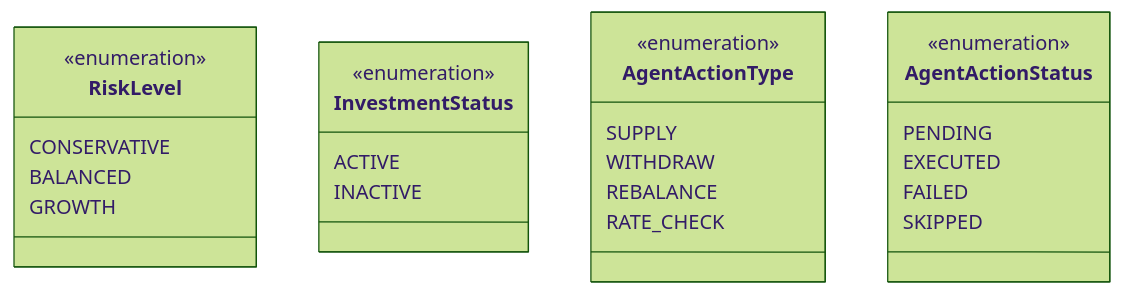
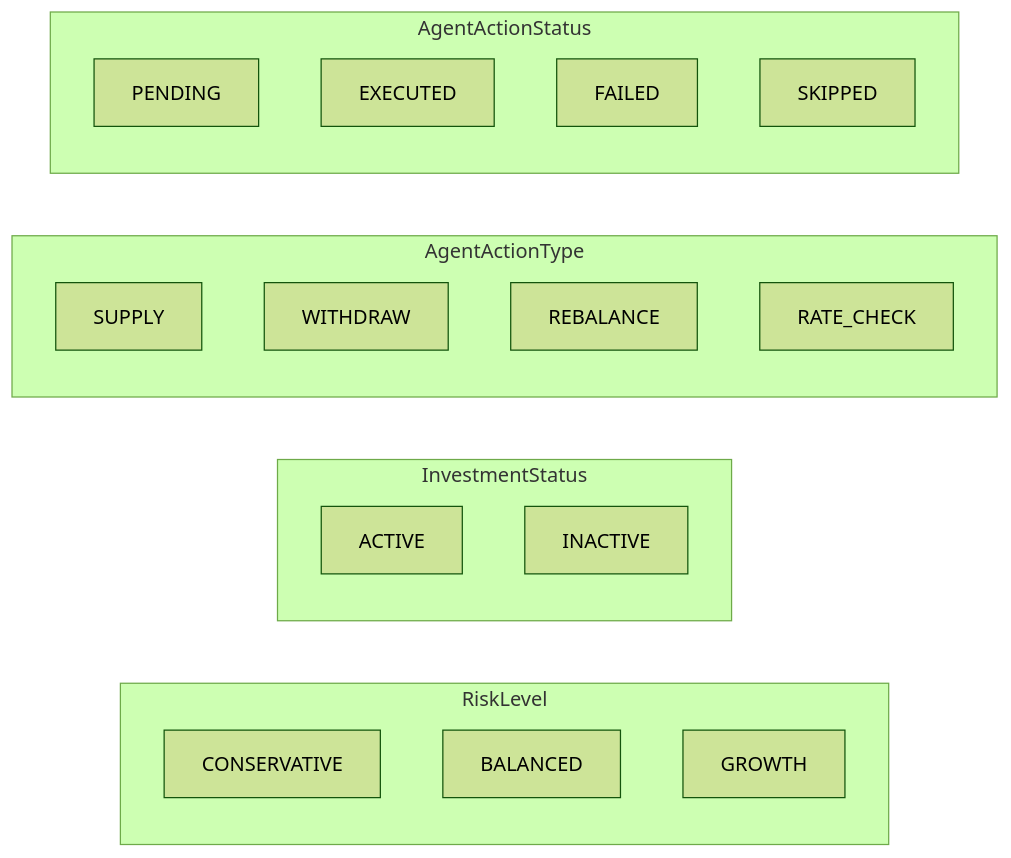
The seventh of 9 diagrams in docs/architecture.md (DMarchikhin/openfront-hackaton), drawn with Mermaid (forest theme) before and after one commit. The commit also changed other lines of this file, not shown here.

Commit message:
fix mermaid code

````diff
--- a/docs/architecture.md
+++ b/docs/architecture.md
@@ -315,31 +285,27 @@
 ```mermaid
-classDiagram
-  class RiskLevel {
-    <<enumeration>>
-    CONSERVATIVE
-    BALANCED
-    GROWTH
-  }
+flowchart LR
+    subgraph RiskLevel
+        C["CONSERVATIVE"]
+        B["BALANCED"]
+        G["GROWTH"]
+    end
 
-  class InvestmentStatus {
-    <<enumeration>>
-    ACTIVE
-    INACTIVE
-  }
+    subgraph InvestmentStatus
+        A["ACTIVE"]
+        I["INACTIVE"]
+    end
 
-  class AgentActionType {
-    <<enumeration>>
-    SUPPLY
-    WITHDRAW
-    REBALANCE
-    RATE_CHECK
-  }
+    subgraph AgentActionType
+        S["SUPPLY"]
+        W["WITHDRAW"]
+        R["REBALANCE"]
+        RC["RATE_CHECK"]
+    end
 
-  class AgentActionStatus {
-    <<enumeration>>
-    PENDING
-    EXECUTED
-    FAILED
-    SKIPPED
-  }
+    subgraph AgentActionStatus
+        P["PENDING"]
+        E["EXECUTED"]
+        F["FAILED"]
+        SK["SKIPPED"]
+    end
 ```
````
